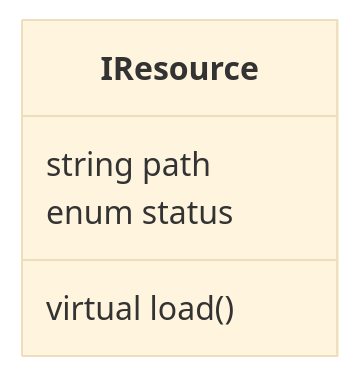
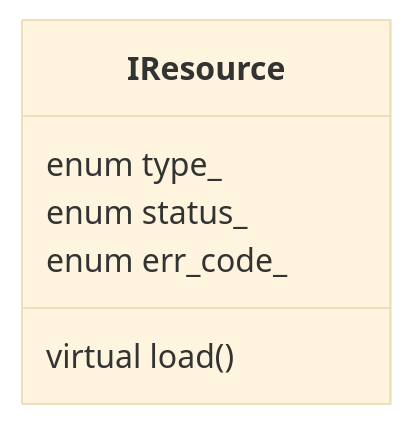
The first of 3 diagrams in docs/resources.md (darkoffalex/nasral-engine), drawn with Mermaid (base theme) before and after one commit. The commit also changed other lines of this file and 12 other files, not shown here.

````diff
--- a/docs/resources.md
+++ b/docs/resources.md
@@ -14,8 +15,9 @@
 ```mermaid
 classDiagram
     class IResource{
-        string path
-        enum status
+        enum type_
+        enum status_
+        enum err_code_
         virtual load()
     }
 ```
````
